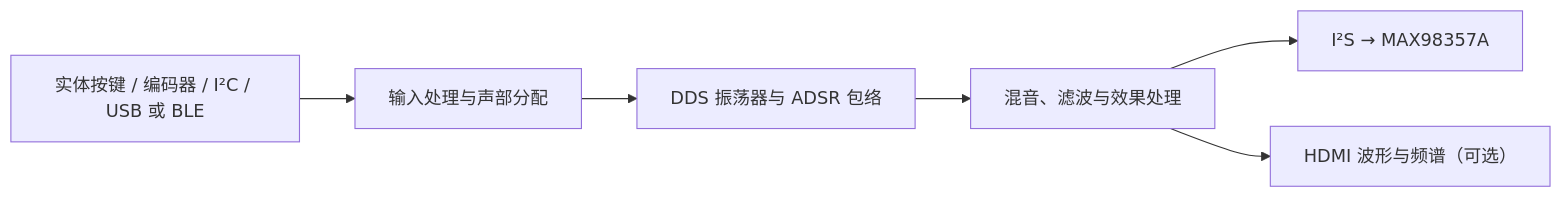
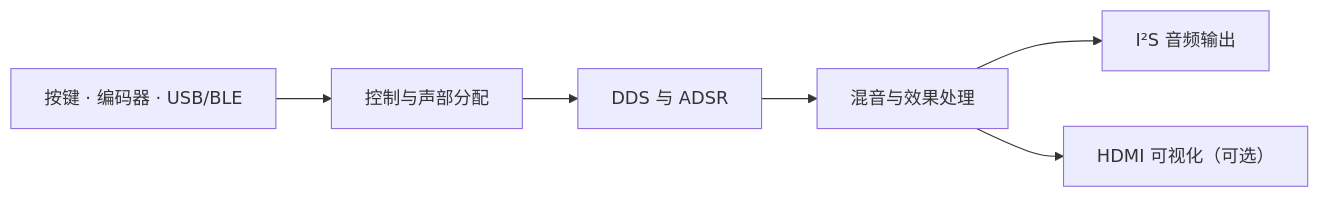
The diagram in README.zh-CN.md (Alioth-31/BeatIt-TangNano20K), drawn with Mermaid before and after one commit. The commit also changed other lines of this file, not shown here.

````diff
--- a/README.zh-CN.md
+++ b/README.zh-CN.md
@@ -31,11 +28,8 @@
 ```mermaid
 flowchart LR
-    IN["实体按键 / 编码器 / I²C / USB 或 BLE"]
-    CTL["输入处理与声部分配"]
-    SYN["DDS 振荡器与 ADSR 包络"]
-    MIX["混音、滤波与效果处理"]
-    OUT["I²S → MAX98357A"]
-    VIS["HDMI 波形与频谱（可选）"]
-    IN --> CTL --> SYN --> MIX --> OUT
-    MIX --> VIS
+    A["按键 · 编码器 · USB/BLE"] --> B["控制与声部分配"]
+    B --> C["DDS 与 ADSR"]
+    C --> D["混音与效果处理"]
+    D --> E["I²S 音频输出"]
+    D --> F["HDMI 可视化（可选）"]
 ```
````
